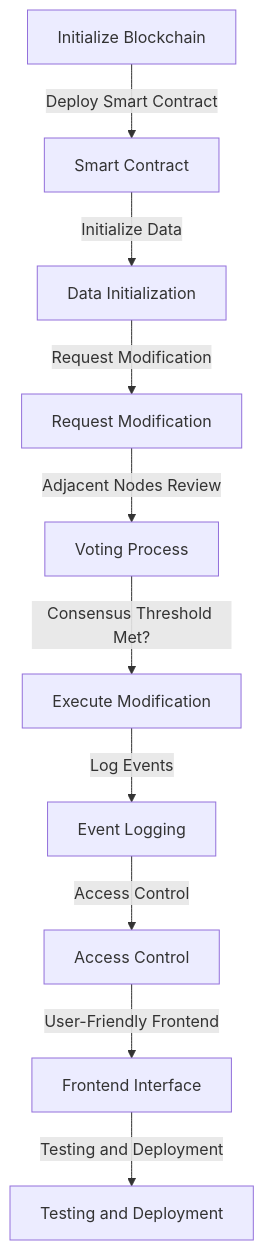
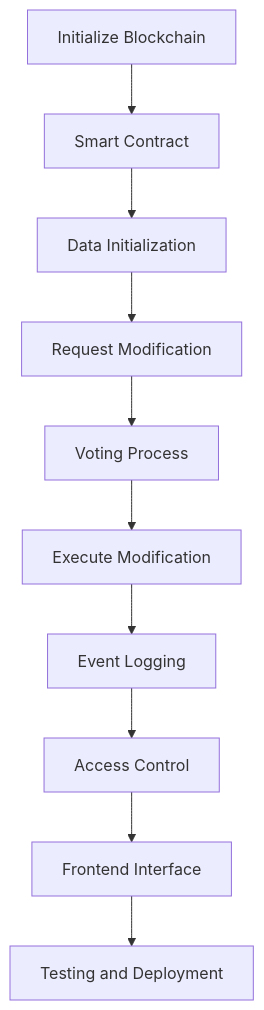
One commit to Vibhu315/Techfour-hackout-23 changed the third of 3 diagrams in README.md. Above: the diagram before and after it, drawn with Mermaid. The commit also changed other lines of this file, not shown here.

````diff
--- a/README.md
+++ b/README.md
@@ -48,12 +48,12 @@
 ```mermaid
 graph TD
-A[Initialize Blockchain] -->|Deploy Smart Contract| B[Smart Contract]
-B -->|Initialize Data| C[Data Initialization]
-C -->|Request Modification| D[Request Modification]
-D -->|Adjacent Nodes Review| E[Voting Process]
-E -->|Consensus Threshold Met?| F[Execute Modification]
-F -->|Log Events| G[Event Logging]
-G -->|Access Control| H[Access Control]
-H -->|User-Friendly Frontend| I[Frontend Interface]
-I -->|Testing and Deployment| J[Testing and Deployment]
+A[Initialize Blockchain] --> B[Smart Contract]
+B --> C[Data Initialization]
+C --> D[Request Modification]
+D --> E[Voting Process]
+E --> F[Execute Modification]
+F --> G[Event Logging]
+G --> H[Access Control]
+H --> I[Frontend Interface]
+I --> J[Testing and Deployment]
 ```
````
